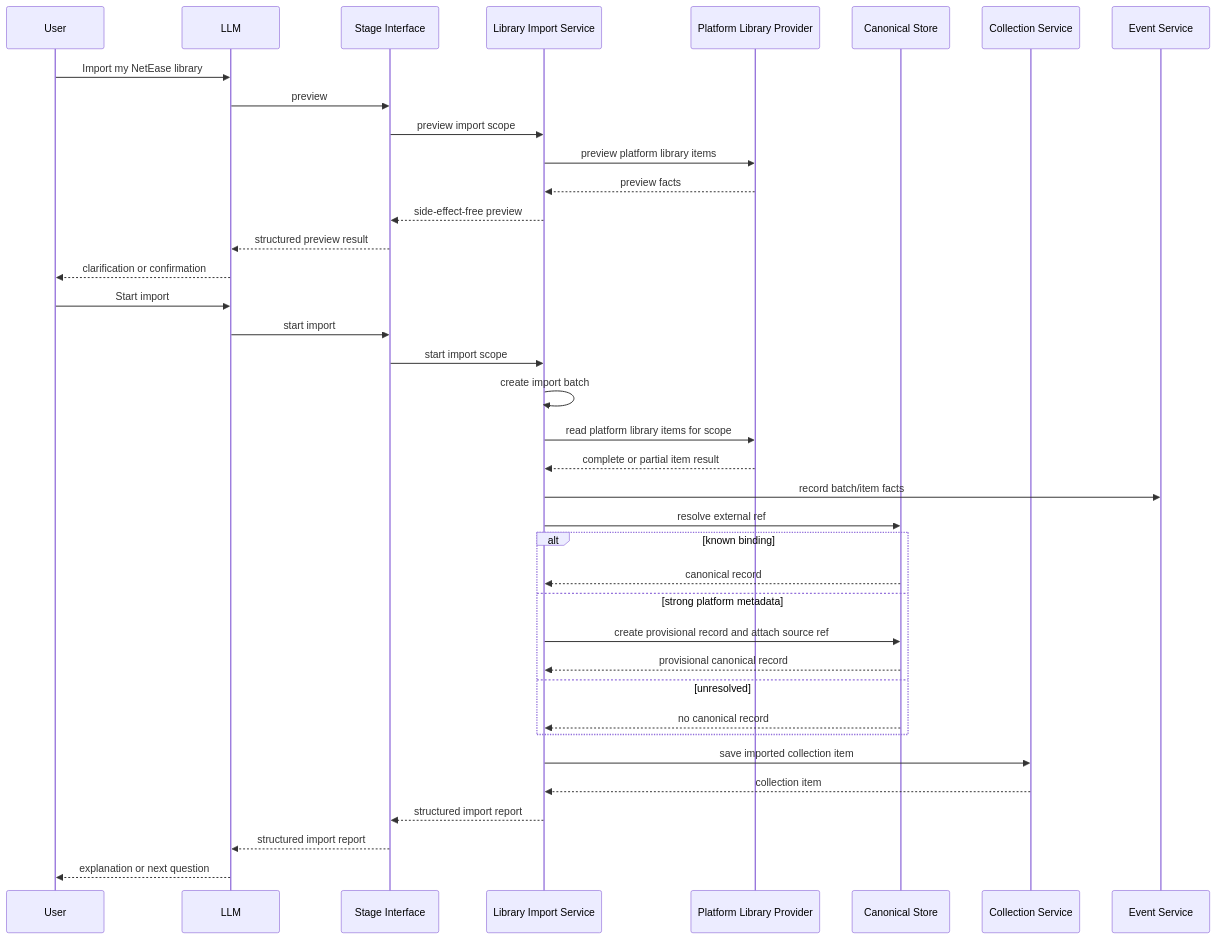
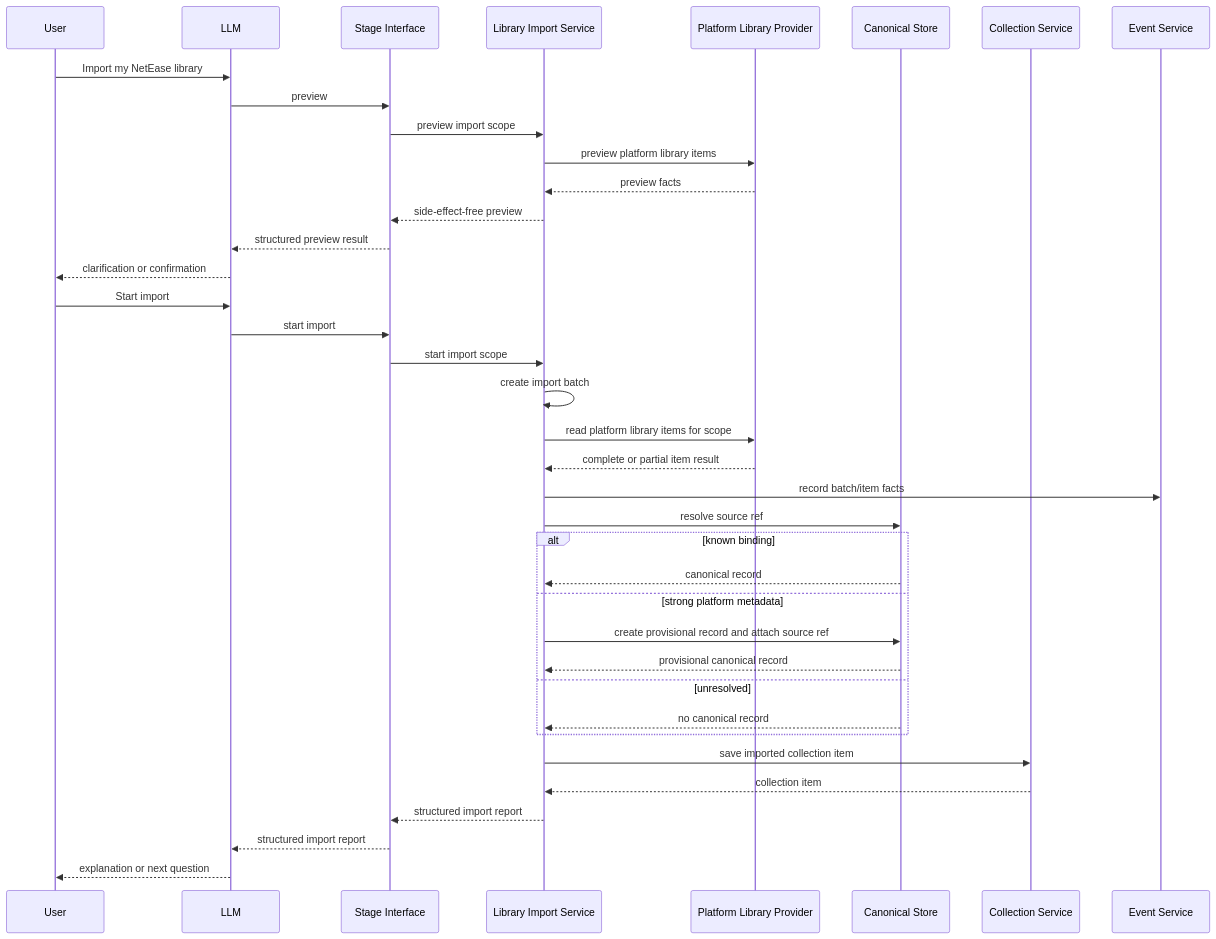
One commit to Odefined/MineMusic changed the second of 2 diagrams in docs/library-import/design.md. Above: the diagram before and after it, drawn with Mermaid. The commit also changed other lines of this file and 43 other files, not shown here.

Commit message:
refactor canonical source refs

````diff
--- a/docs/library-import/design.md
+++ b/docs/library-import/design.md
@@ -404,41 +404,41 @@
 ```mermaid
 sequenceDiagram
     participant User
     participant LLM
     participant Stage as Stage Interface
     participant Import as Library Import Service
     participant Provider as Platform Library Provider
     participant Canonical as Canonical Store
     participant Collection as Collection Service
     participant Events as Event Service
 
     User->>LLM: Import my NetEase library
     LLM->>Stage: preview
     Stage->>Import: preview import scope
     Import->>Provider: preview platform library items
     Provider-->>Import: preview facts
     Import-->>Stage: side-effect-free preview
     Stage-->>LLM: structured preview result
     LLM-->>User: clarification or confirmation
     User->>LLM: Start import
     LLM->>Stage: start import
     Stage->>Import: start import scope
     Import->>Import: create import batch
     Import->>Provider: read platform library items for scope
     Provider-->>Import: complete or partial item result
     Import->>Events: record batch/item facts
-    Import->>Canonical: resolve external ref
+    Import->>Canonical: resolve source ref
     alt known binding
         Canonical-->>Import: canonical record
     else strong platform metadata
         Import->>Canonical: create provisional record and attach source ref
         Canonical-->>Import: provisional canonical record
     else unresolved
         Canonical-->>Import: no canonical record
     end
     Import->>Collection: save imported collection item
     Collection-->>Import: collection item
     Import-->>Stage: structured import report
     Stage-->>LLM: structured import report
     LLM-->>User: explanation or next question
 ```
````
